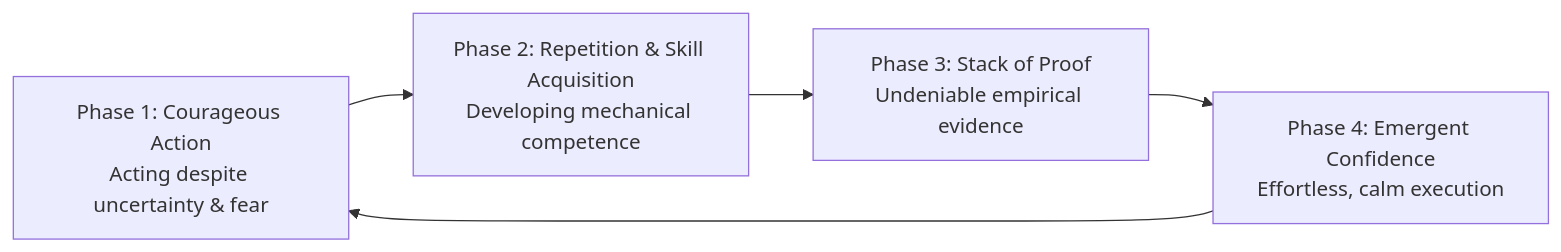
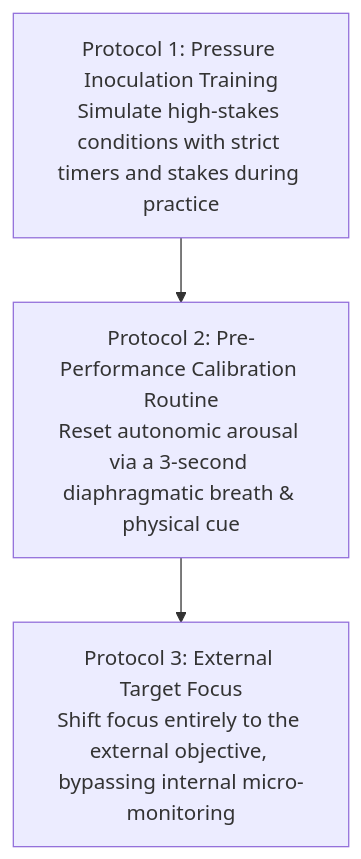
The third of 5 diagrams in knowledge-tree/nodes/chapter-08-the-architecture-of-true-confidence.md (vs00918/aravalli), drawn with Mermaid before and after one commit. The commit also changed other lines of this file and 544 other files, not shown here.

Commit message:
feat(codex): Living Codex personal knowledge library, Phase A/B/C/D reader architecture, and autonomous zero-API ingestion engine

````diff
--- a/knowledge-tree/nodes/chapter-08-the-architecture-of-true-confidence.md
+++ b/knowledge-tree/nodes/chapter-08-the-architecture-of-true-confidence.md
@@ -36,8 +58,6 @@
 ```mermaid
-graph LR
-    A[Phase 1: Courageous Action<br>Acting despite uncertainty & fear]
-    --> B[Phase 2: Repetition & Skill Acquisition<br>Developing mechanical competence]
-    --> B_Proof[Phase 3: Stack of Proof<br>Undeniable empirical evidence]
-    --> C[Phase 4: Emergent Confidence<br>Effortless, calm execution]
-    C --> A
+graph TD
+    P1[Protocol 1: Pressure Inoculation Training<br>Simulate high-stakes conditions with strict timers and stakes during practice]
+    --> P2[Protocol 2: Pre-Performance Calibration Routine<br>Reset autonomic arousal via a 3-second diaphragmatic breath & physical cue]
+    --> P3[Protocol 3: External Target Focus<br>Shift focus entirely to the external objective, bypassing internal micro-monitoring]
 ```
````
